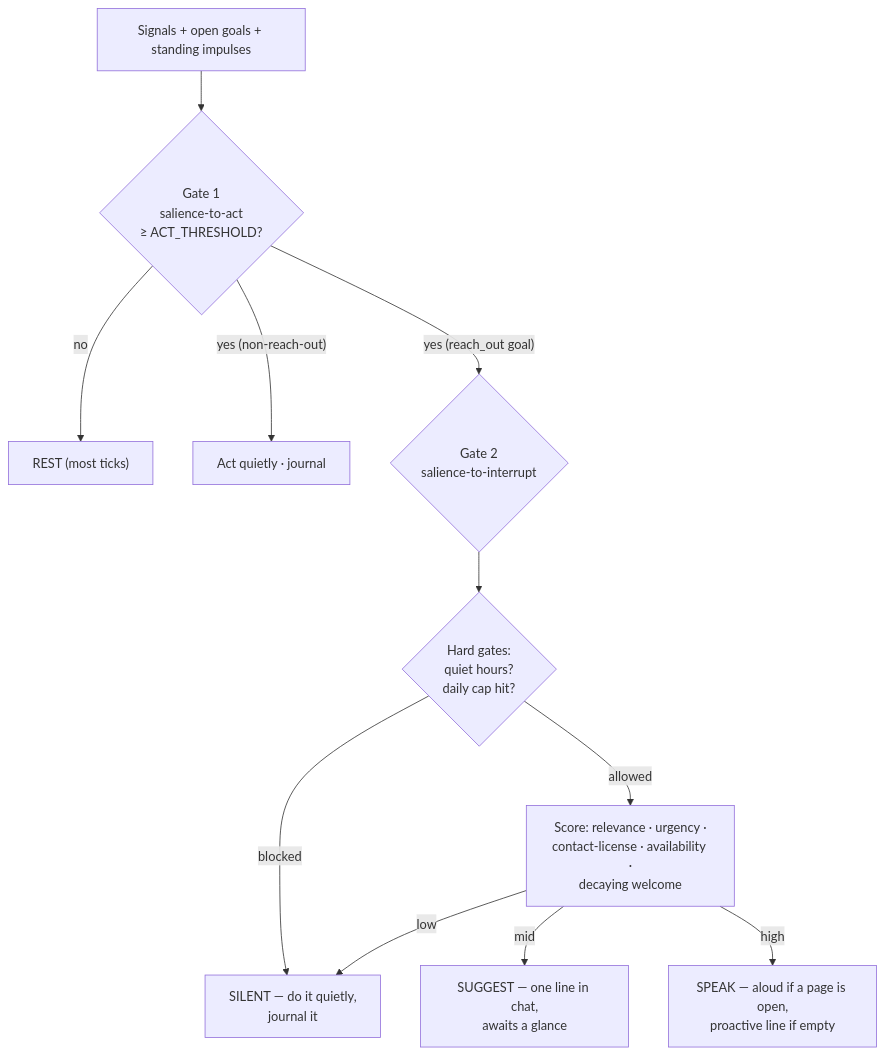
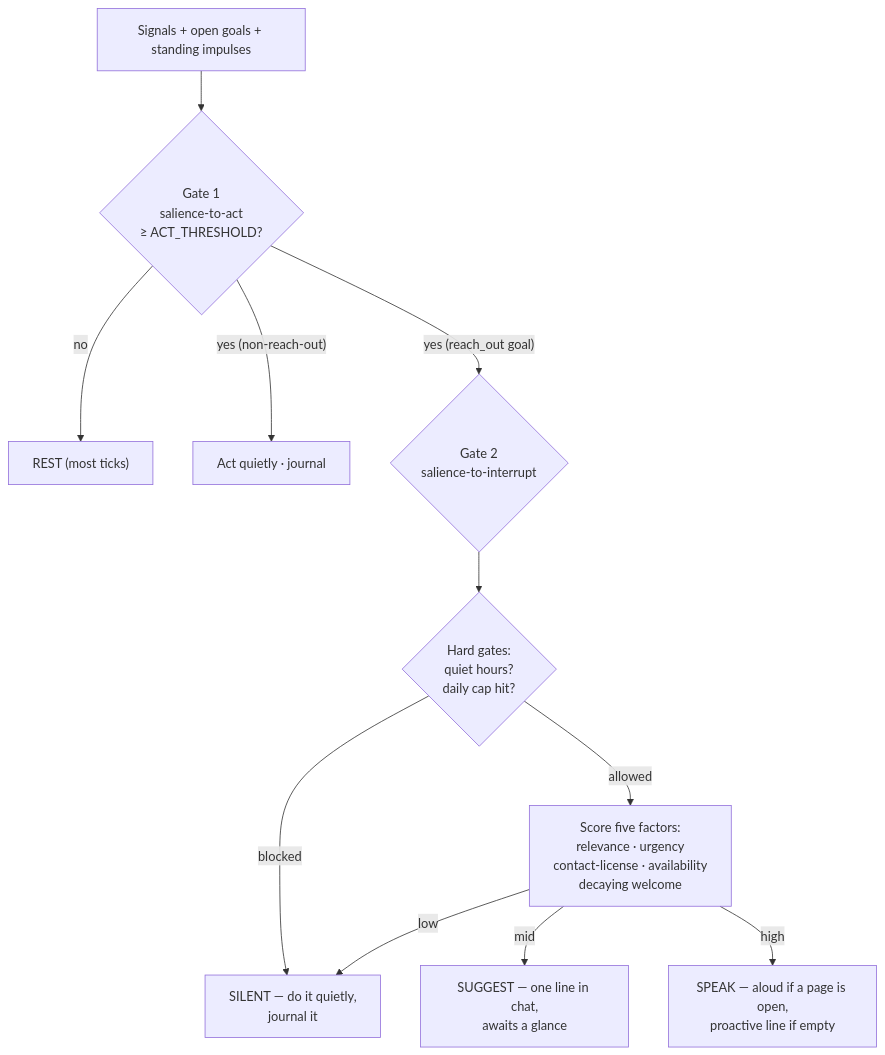
Before and after one commit to yuri-os/YuriOS: the fourth of 4 diagrams in docs/whitepaper.md, drawn with Mermaid. The commit also changed other lines of this file, not shown here.

First line of the commit message:
whitepaper: untangle the architecture and §5 diagrams

````diff
--- a/docs/whitepaper.md
+++ b/docs/whitepaper.md
@@ -365,13 +367,13 @@
 ```mermaid
 flowchart TB
   sig["Signals + open goals + standing impulses"] --> g1{"Gate 1<br/>salience-to-act<br/>≥ ACT_THRESHOLD?"}
   g1 -- no --> rest["REST (most ticks)"]
   g1 -- "yes (non-reach-out)" --> act["Act quietly · journal"]
   g1 -- "yes (reach_out goal)" --> g2{"Gate 2<br/>salience-to-interrupt"}
   g2 --> hard{"Hard gates:<br/>quiet hours?<br/>daily cap hit?"}
   hard -- blocked --> silent["SILENT — do it quietly,<br/>journal it"]
-  hard -- allowed --> score["Score: relevance · urgency ·<br/>contact-license · availability ·<br/>decaying welcome"]
+  hard -- allowed --> score["Score five factors:<br/>relevance · urgency<br/>contact-license · availability<br/>decaying welcome"]
   score -- low --> silent
   score -- mid --> suggest["SUGGEST — one line in chat,<br/>awaits a glance"]
   score -- high --> speak["SPEAK — aloud if a page is open,<br/>proactive line if empty"]
 ```
````
